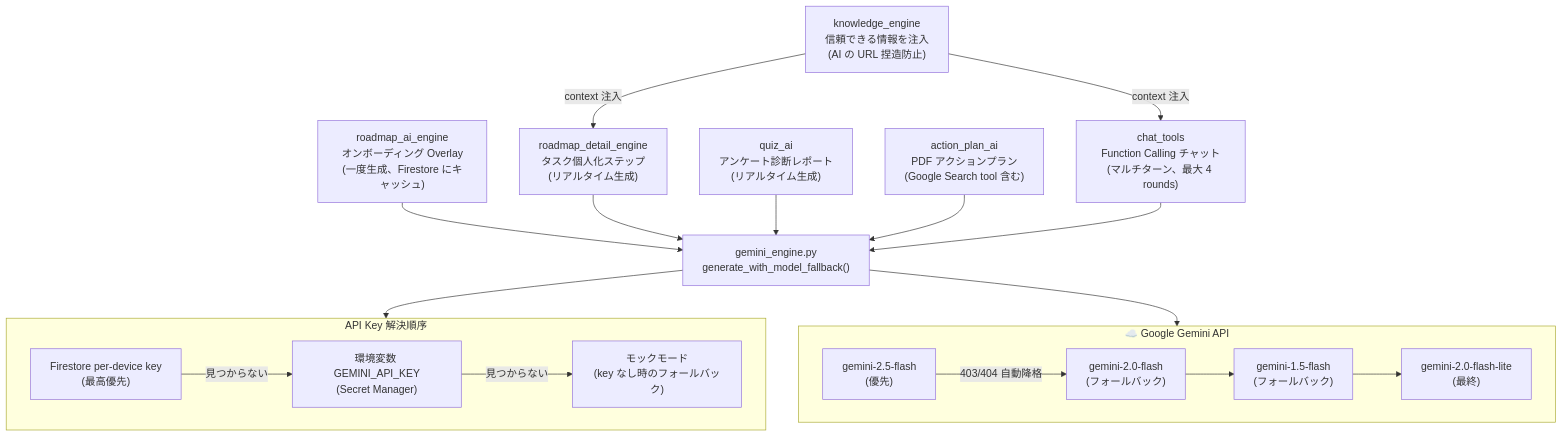
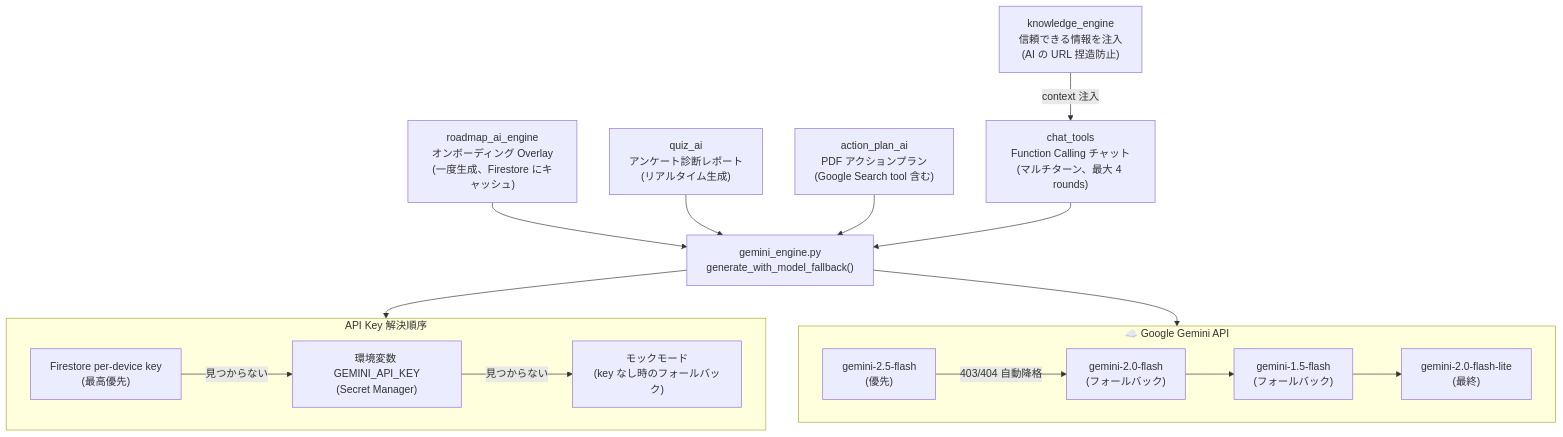
The fifth of 6 diagrams in ARCHITECTURE_JA.md (faetstoree/HARU), drawn with Mermaid before and after one commit. The commit also changed other lines of this file and 1 other file, not shown here.

Commit message:
Update ARCHITECTURE docs: remove school engine, update API endpoints and AI layer

````diff
--- a/ARCHITECTURE_JA.md
+++ b/ARCHITECTURE_JA.md
@@ -233,32 +236,30 @@
 ```mermaid
 graph TB
     subgraph Gemini_API["☁️ Google Gemini API"]
         M1["gemini-2.5-flash<br/>(優先)"]
         M2["gemini-2.0-flash<br/>(フォールバック)"]
         M3["gemini-1.5-flash<br/>(フォールバック)"]
         M4["gemini-2.0-flash-lite<br/>(最終)"]
         M1 -->|"403/404 自動降格"| M2
         M2 --> M3
         M3 --> M4
     end
 
     subgraph Key_Resolution["API Key 解決順序"]
         K1["Firestore per-device key<br/>(最高優先)"]
         K2["環境変数 GEMINI_API_KEY<br/>(Secret Manager)"]
         K3["モックモード<br/>(key なし時のフォールバック)"]
         K1 -->|"見つからない"| K2
         K2 -->|"見つからない"| K3
     end
 
     GEMINI_ENGINE["gemini_engine.py<br/>generate_with_model_fallback()"]
     GEMINI_ENGINE --> Key_Resolution
     GEMINI_ENGINE --> Gemini_API
 
     ROADMAP_AI["roadmap_ai_engine<br/>オンボーディング Overlay<br/>(一度生成、Firestore にキャッシュ)"] --> GEMINI_ENGINE
-    DETAIL_AI["roadmap_detail_engine<br/>タスク個人化ステップ<br/>(リアルタイム生成)"] --> GEMINI_ENGINE
     QUIZ_AI["quiz_ai<br/>アンケート診断レポート<br/>(リアルタイム生成)"] --> GEMINI_ENGINE
     ACTION_AI["action_plan_ai<br/>PDF アクションプラン<br/>(Google Search tool 含む)"] --> GEMINI_ENGINE
     CHAT_TOOLS["chat_tools<br/>Function Calling チャット<br/>(マルチターン、最大 4 rounds)"] --> GEMINI_ENGINE
-    KNOWLEDGE["knowledge_engine<br/>信頼できる情報を注入<br/>(AI の URL 捏造防止)"] -->|"context 注入"| DETAIL_AI
-    KNOWLEDGE -->|"context 注入"| CHAT_TOOLS
+    KNOWLEDGE["knowledge_engine<br/>信頼できる情報を注入<br/>(AI の URL 捏造防止)"] -->|"context 注入"| CHAT_TOOLS
 ```
````
